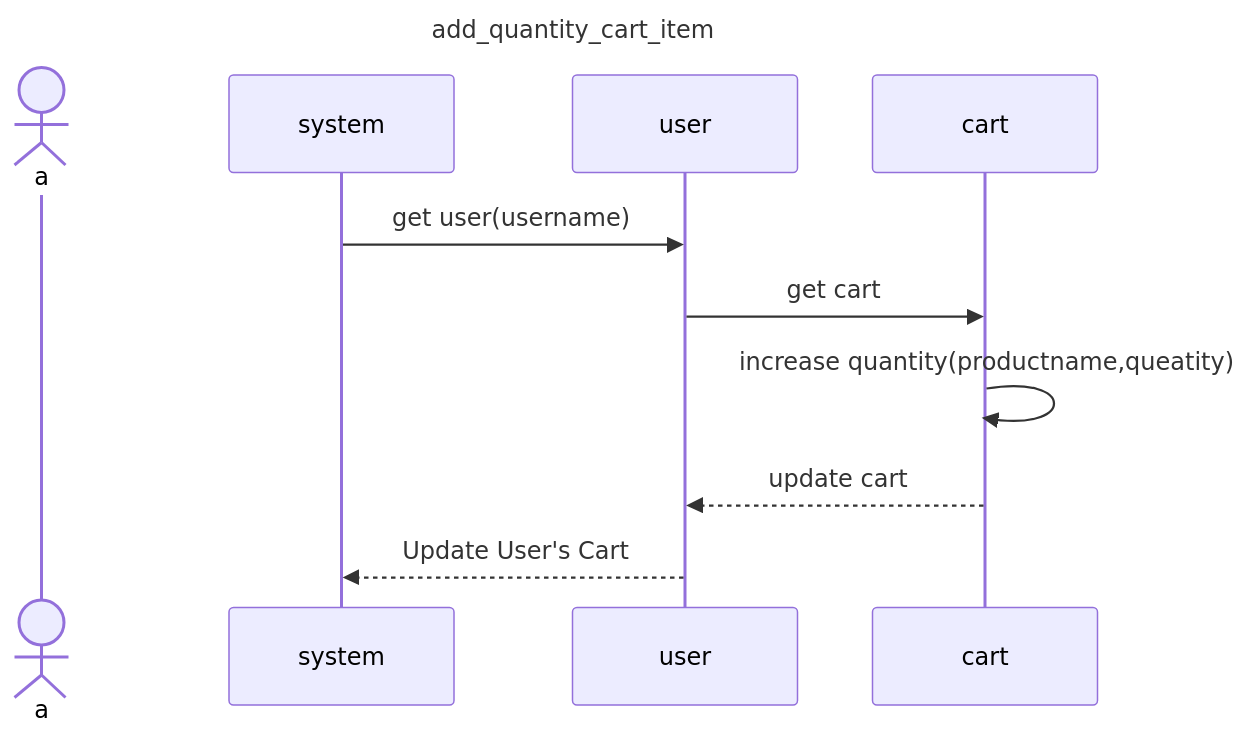
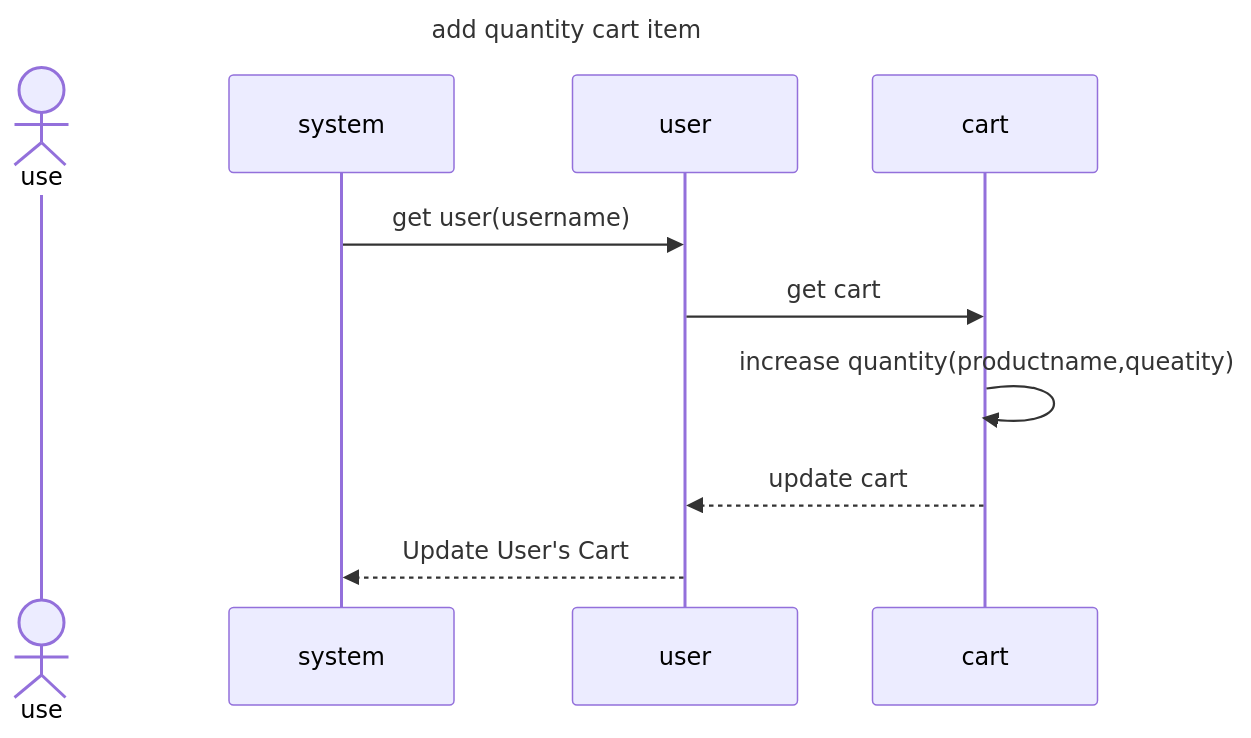
One commit to MxMhx/OOP_Project_MK_website changed the diagram in sequence_diag/cart/add quantity cartitem.mmd. Above: the diagram before and after it, drawn with Mermaid. The commit also changed 1 other file, not shown here.

```diff
--- a/sequence_diag/cart/add quantity cartitem.mmd
+++ b/sequence_diag/cart/add quantity cartitem.mmd
@@ -1,11 +1,11 @@
 sequenceDiagram
-    title add_quantity_cart_item
-    actor a 
+    title add quantity cart item
+    actor use 
     participant system
     participant user
     participant cart 
     system ->> user :get user(username) 
     user ->> cart : get cart 
     cart ->> cart : increase quantity(productname,queatity)
     cart -->> user :update cart 
     user -->> system: Update User's Cart
```
